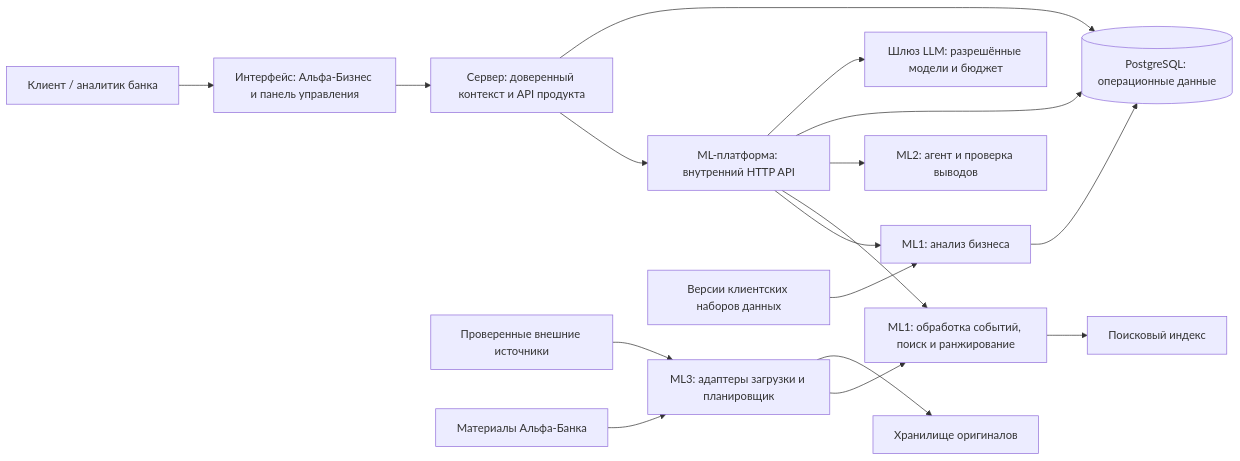
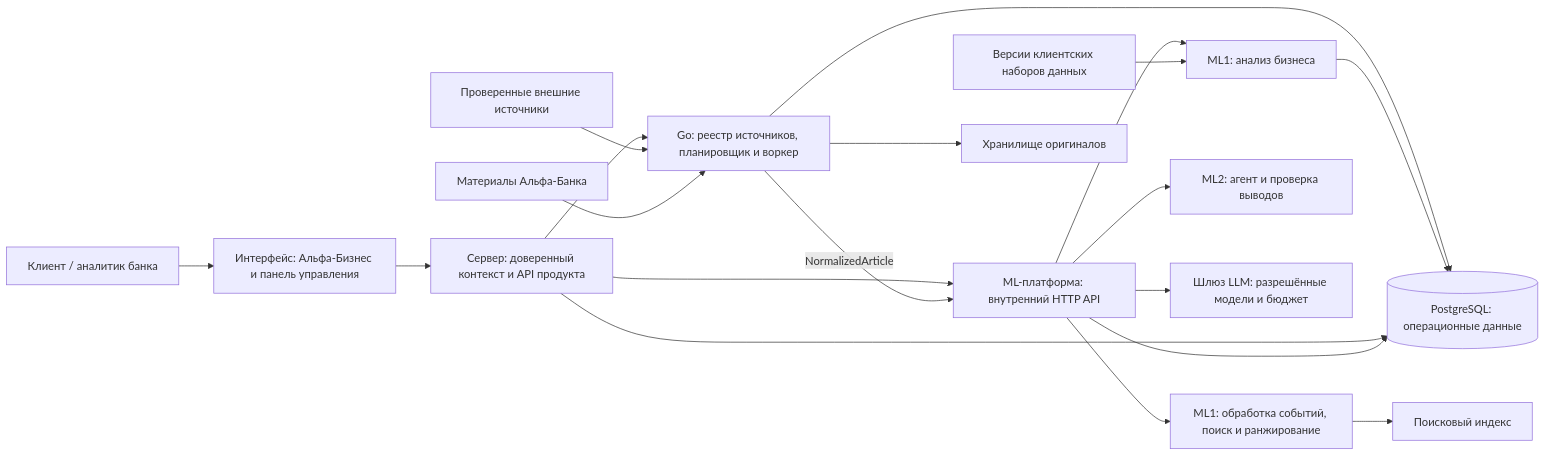
The diagram in docs/architecture/architecture.md (alfa-hackaton-team/burmalda), drawn with Mermaid before and after one commit. The commit also changed other lines of this file and 11 other files, not shown here.

````diff
--- a/docs/architecture/architecture.md
+++ b/docs/architecture/architecture.md
@@ -11,19 +11,21 @@
 ```mermaid
 flowchart LR
   U[Клиент / аналитик банка] --> F[Интерфейс: Альфа-Бизнес и панель управления]
   F --> B[Сервер: доверенный контекст и API продукта]
   B --> M[ML-платформа: внутренний HTTP API]
   M --> C[ML1: анализ бизнеса]
   M --> R[ML1: обработка событий, поиск и ранжирование]
   M --> A[ML2: агент и проверка выводов]
-  I[ML3: адаптеры загрузки и планировщик] --> R
+  B --> I[Go: реестр источников, планировщик и воркер]
+  I -->|NormalizedArticle| M
+  I --> P
   X[Проверенные внешние источники] --> I
   L[Материалы Альфа-Банка] --> I
   D[Версии клиентских наборов данных] --> C
   C --> P[(PostgreSQL: операционные данные)]
   B --> P
   M --> P
   I --> W[Хранилище оригиналов]
   M --> G[Шлюз LLM: разрешённые модели и бюджет]
   R --> V[Поисковый индекс]
 ```
````
